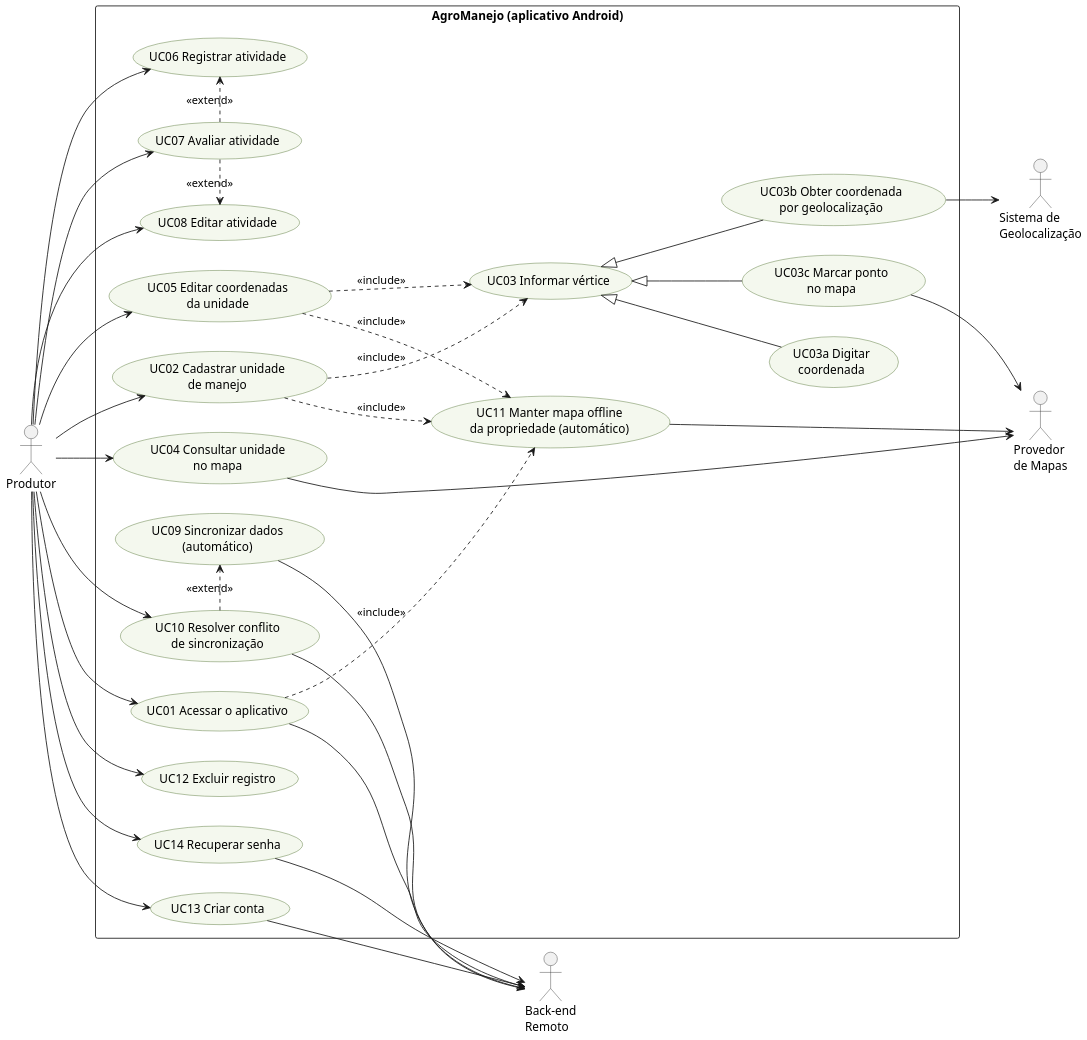
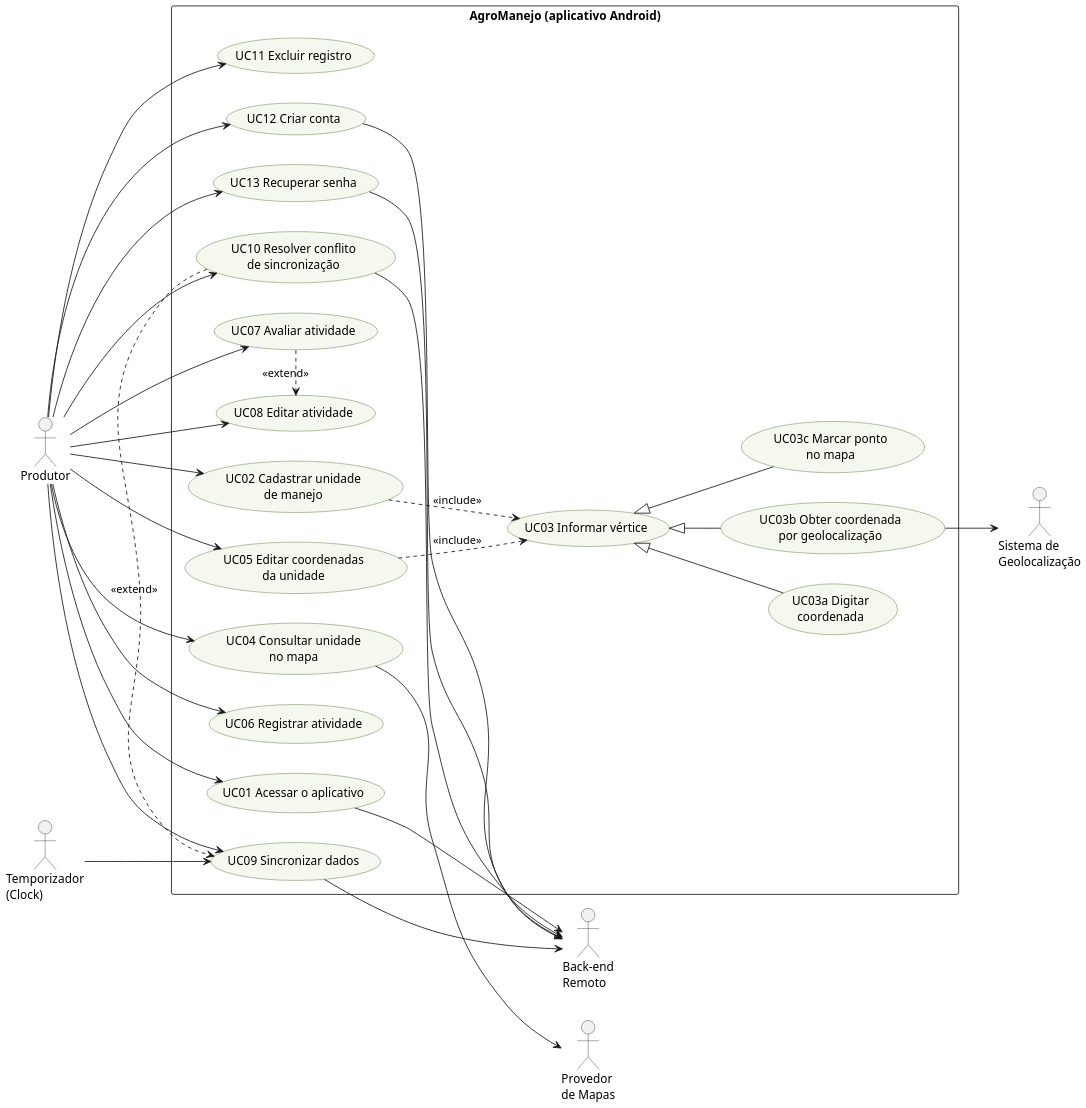
One commit to rpomar/AgroManejo changed the diagram in entrega-basica/diagramas/casos-de-uso.puml. Above: the diagram before and after it, drawn with PlantUML. The commit also changed 26 other files, not shown here.

```diff
--- a/entrega-basica/diagramas/casos-de-uso.puml
+++ b/entrega-basica/diagramas/casos-de-uso.puml
@@ -1,71 +1,67 @@
 @startuml casos-de-uso
 skinparam dpi 150
 skinparam defaultFontName Arial
 skinparam shadowing false
 skinparam usecase {
   BackgroundColor #F4F8EE
   BorderColor #4A6B2A
 }
 skinparam actorBorderColor #333333
 left to right direction
 
 actor "Produtor" as P
 
 rectangle "AgroManejo (aplicativo Android)" {
   usecase "UC02 Cadastrar unidade\nde manejo" as UC02
   usecase "UC05 Editar coordenadas\nda unidade" as UC05
   usecase "UC03 Informar vértice" as UC03
   usecase "UC03a Digitar\ncoordenada" as UC03a
   usecase "UC03b Obter coordenada\npor geolocalização" as UC03b
   usecase "UC03c Marcar ponto\nno mapa" as UC03c
   usecase "UC04 Consultar unidade\nno mapa" as UC04
   usecase "UC06 Registrar atividade" as UC06
   usecase "UC07 Avaliar atividade" as UC07
   usecase "UC08 Editar atividade" as UC08
   usecase "UC01 Acessar o aplicativo" as UC01
-  usecase "UC09 Sincronizar dados\n(automático)" as UC09
+  usecase "UC09 Sincronizar dados" as UC09
   usecase "UC10 Resolver conflito\nde sincronização" as UC10
-  usecase "UC11 Manter mapa offline\nda propriedade (automático)" as UC11
-  usecase "UC12 Excluir registro" as UC12
-  usecase "UC13 Criar conta" as UC13
-  usecase "UC14 Recuperar senha" as UC14
+  usecase "UC11 Excluir registro" as UC11
+  usecase "UC12 Criar conta" as UC12
+  usecase "UC13 Recuperar senha" as UC13
 }
 
 actor "Sistema de\nGeolocalização" as GPS
 actor "Provedor\nde Mapas" as MAP
 actor "Back-end\nRemoto" as BE
+actor "Temporizador\n(Clock)" as TMP
 
 P --> UC01
 P --> UC02
 P --> UC05
 P --> UC04
 P --> UC06
 P --> UC07
 P --> UC08
 
 UC02 ..> UC03 : <<include>>
 UC05 ..> UC03 : <<include>>
 UC03 <|-- UC03a
 UC03 <|-- UC03b
 UC03 <|-- UC03c
 
 UC03b --> GPS
-UC03c --> MAP
 UC04 --> MAP
 UC01 --> BE
 UC09 --> BE
 UC10 --> BE
-UC01 ..> UC11 : <<include>>
-UC02 ..> UC11 : <<include>>
-UC05 ..> UC11 : <<include>>
-UC11 --> MAP
 P --> UC10
+P --> UC09
+TMP --> UC09
 UC10 .> UC09 : <<extend>>
-UC07 .> UC06 : <<extend>>
 UC07 .> UC08 : <<extend>>
+P --> UC11
 P --> UC12
 P --> UC13
-P --> UC14
+UC12 --> BE
 UC13 --> BE
-UC14 --> BE
 @enduml
```
